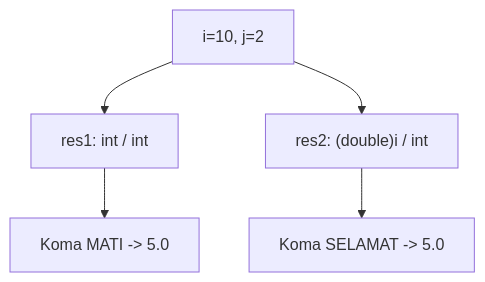
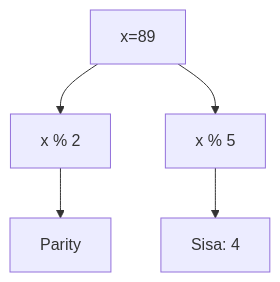
Before and after one commit to amnahwaida/OSNK_INF_PREP: the tenth of 25 diagrams in part-c-pemahaman-cpp/01-tipe-data/latihan/set-04.md, drawn with Mermaid. The commit also changed other lines of this file and 71 other files, not shown here.

````diff
--- a/part-c-pemahaman-cpp/01-tipe-data/latihan/set-04.md
+++ b/part-c-pemahaman-cpp/01-tipe-data/latihan/set-04.md
@@ -362,7 +292,7 @@
 ```mermaid
 graph TD
-    A["i=10, j=2"] --> B["res1: int / int"]
-    B --> C["Koma MATI -> 5.0"]
-    A --> D["res2: (double)i / int"]
-    D --> E["Koma SELAMAT -> 5.0"]
+A[x=89] --> B[x % 2]
+B --> C[Parity]
+A --> D[x % 5]
+D --> E[Sisa: 4]
 ```
````
